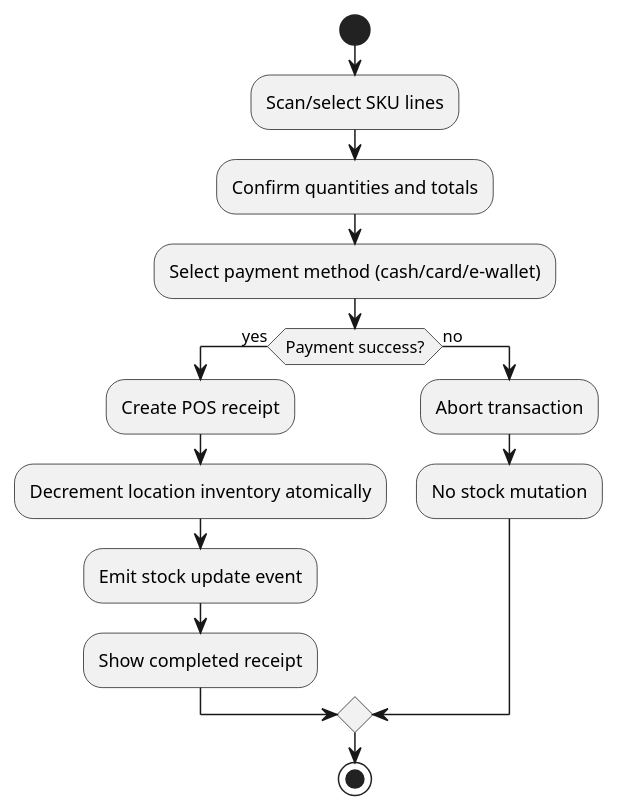
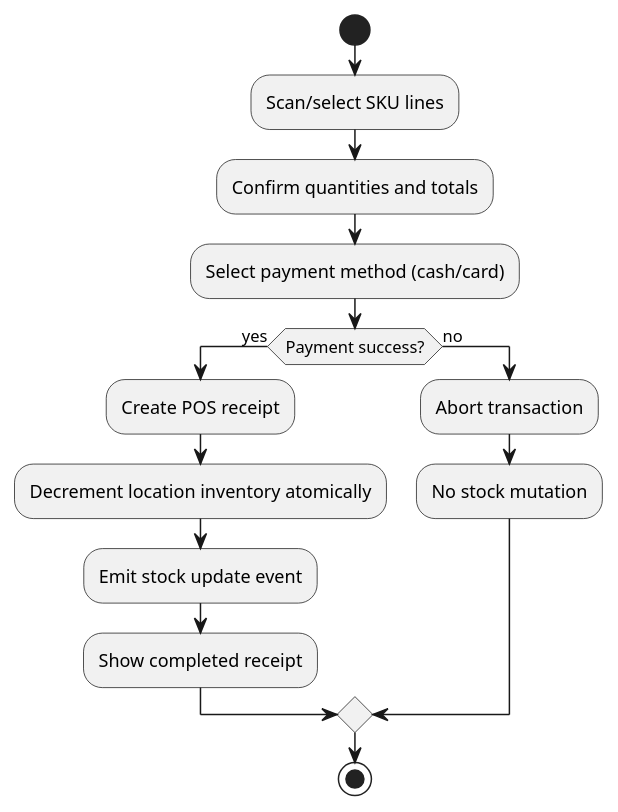
Before and after one commit to dieuxuanhien/SeShop: the eighth of 27 diagrams in docs/10.SRS/SESHOP SRS.md, drawn with PlantUML. The commit also changed other lines of this file and 23 other files, not shown here.

````diff
--- a/docs/10.SRS/SESHOP SRS.md
+++ b/docs/10.SRS/SESHOP SRS.md
@@ -455,18 +454,18 @@
 ```plantuml
 @startuml
 start
 :Scan/select SKU lines;
 :Confirm quantities and totals;
-:Select payment method (cash/card/e-wallet);
+:Select payment method (cash/card);
 if (Payment success?) then (yes)
   :Create POS receipt;
   :Decrement location inventory atomically;
   :Emit stock update event;
   :Show completed receipt;
 else (no)
   :Abort transaction;
   :No stock mutation;
 endif
 stop
 @enduml
 ```
````
